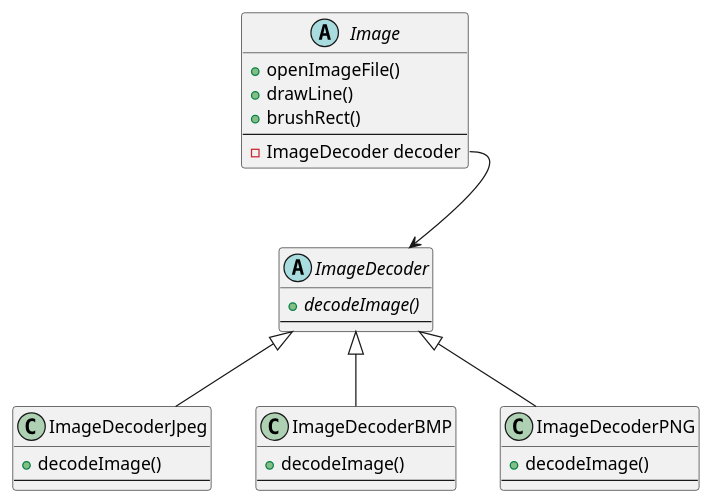
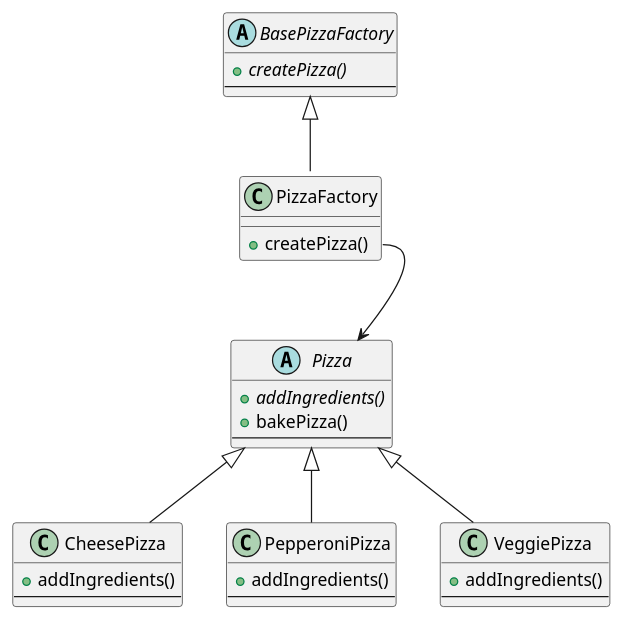
One commit to chericc/main changed the diagram in cs/DesignPatterns/Creational/FactoryMethod/factory_method.md. Above: the diagram before and after it, drawn with PlantUML. The commit also changed other lines of this file and 8 other files, not shown here.

````diff
--- a/cs/DesignPatterns/Creational/FactoryMethod/factory_method.md
+++ b/cs/DesignPatterns/Creational/FactoryMethod/factory_method.md
@@ -43,38 +50,43 @@
 ```plantuml
 @startuml
-abstract class Image {
-    +openImageFile()
-    +drawLine()
-    +brushRect()
-    ---
-    -ImageDecoder decoder
-}
 
-Image::decoder --> ImageDecoder
-
-ImageDecoder <|-- ImageDecoderJpeg
-ImageDecoder <|-- ImageDecoderBMP
-ImageDecoder <|-- ImageDecoderPNG
-
-
-abstract class ImageDecoder {
-    {abstract}+decodeImage()
+abstract class Pizza {
+    {abstract}+addIngredients()
+    +bakePizza()
     ---
 }
 
-class ImageDecoderJpeg {
-    +decodeImage()
+class CheesePizza {
+    +addIngredients()
     ---
 }
 
-class ImageDecoderBMP {
-    +decodeImage()
+class PepperoniPizza {
+    +addIngredients()
     ---
 }
 
-class ImageDecoderPNG {
-    +decodeImage()
+class VeggiePizza {
+    +addIngredients()
     ---
 }
+
+Pizza <|-- CheesePizza
+Pizza <|-- PepperoniPizza
+Pizza <|-- VeggiePizza
+
+abstract class BasePizzaFactory {
+    {abstract}+createPizza()
+    ---
+}
+
+class PizzaFactory {
+    +createPizza()
+}
+
+BasePizzaFactory <|-- PizzaFactory
+
+PizzaFactory::createPizza --> Pizza
+
 @enduml
 ```
````
